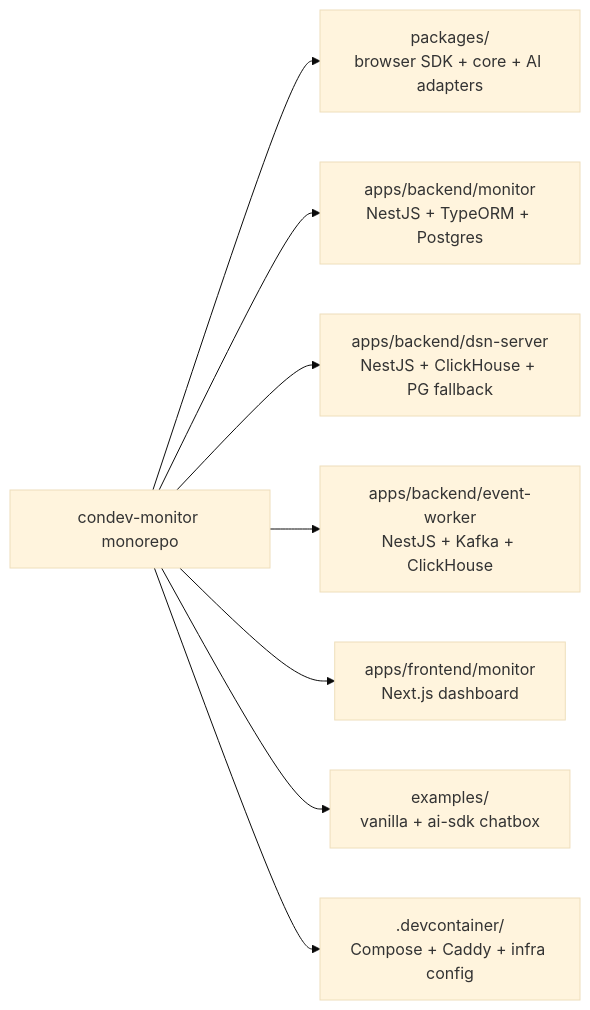
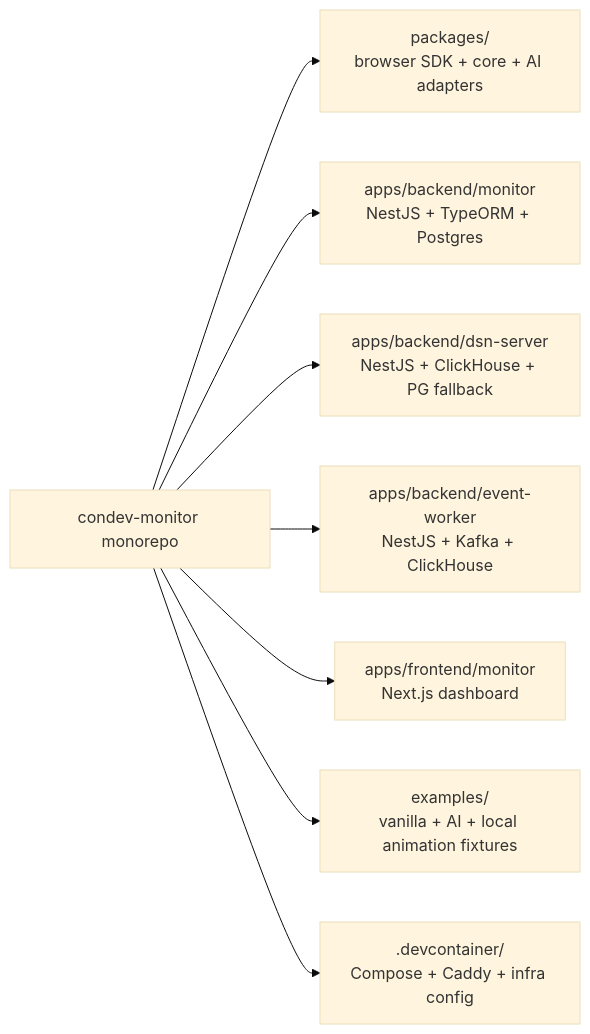
The first of 3 diagrams in README.md (Lemonadeccc/condev-monitor), drawn with Mermaid (base theme) before and after one commit. The commit also changed other lines of this file and 2 other files, not shown here.

Commit message:
docs(project): 📝  document monitoring architecture and usage

````diff
--- a/README.md
+++ b/README.md
@@ -75,11 +75,11 @@
 ```mermaid
 graph LR
     ROOT[condev-monitor monorepo]
     ROOT --> SDK[packages/<br/>browser SDK + core + AI adapters]
     ROOT --> BE1[apps/backend/monitor<br/>NestJS + TypeORM + Postgres]
     ROOT --> BE2[apps/backend/dsn-server<br/>NestJS + ClickHouse + PG fallback]
     ROOT --> BE3[apps/backend/event-worker<br/>NestJS + Kafka + ClickHouse]
     ROOT --> FE[apps/frontend/monitor<br/>Next.js dashboard]
-    ROOT --> EX[examples/<br/>vanilla + ai-sdk chatbox]
+    ROOT --> EX[examples/<br/>vanilla + AI + local animation fixtures]
     ROOT --> OPS[.devcontainer/<br/>Compose + Caddy + infra config]
 ```
````
